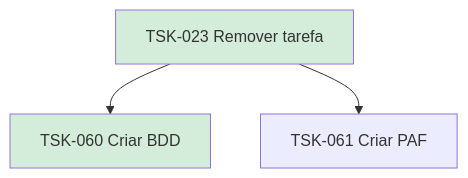
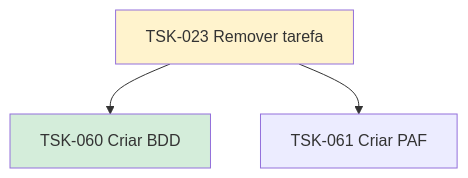
Before and after one commit to laerciogermano/workstation: the diagram in flow/tasks/TSK-001-criar-epico/TSK-002-criar-as-historias/TSK-005-gantt/TSK-023-remover-tarefa/README.md, drawn with Mermaid. The commit also changed other lines of this file and 53 other files, not shown here.

````diff
--- a/flow/tasks/TSK-001-criar-epico/TSK-002-criar-as-historias/TSK-005-gantt/TSK-023-remover-tarefa/README.md
+++ b/flow/tasks/TSK-001-criar-epico/TSK-002-criar-as-historias/TSK-005-gantt/TSK-023-remover-tarefa/README.md
@@ -12,10 +12,10 @@
 ```mermaid
 flowchart TD
   T023[TSK-023 Remover tarefa]
   T060[TSK-060 Criar BDD]
   T061[TSK-061 Criar PAF]
   T023 --> T060
   T023 --> T061
-  style T023 fill:#d4edda
+  style T023 fill:#fff3cd
   style T060 fill:#d4edda
 ```
````
